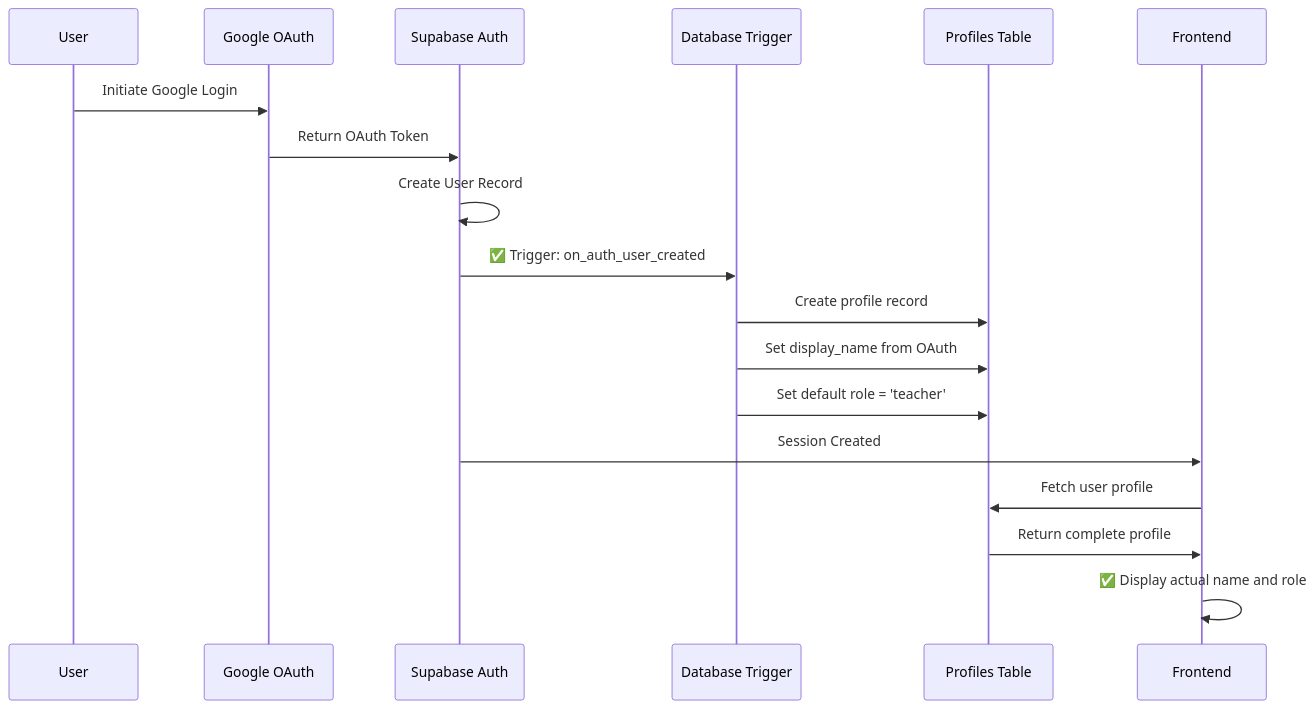
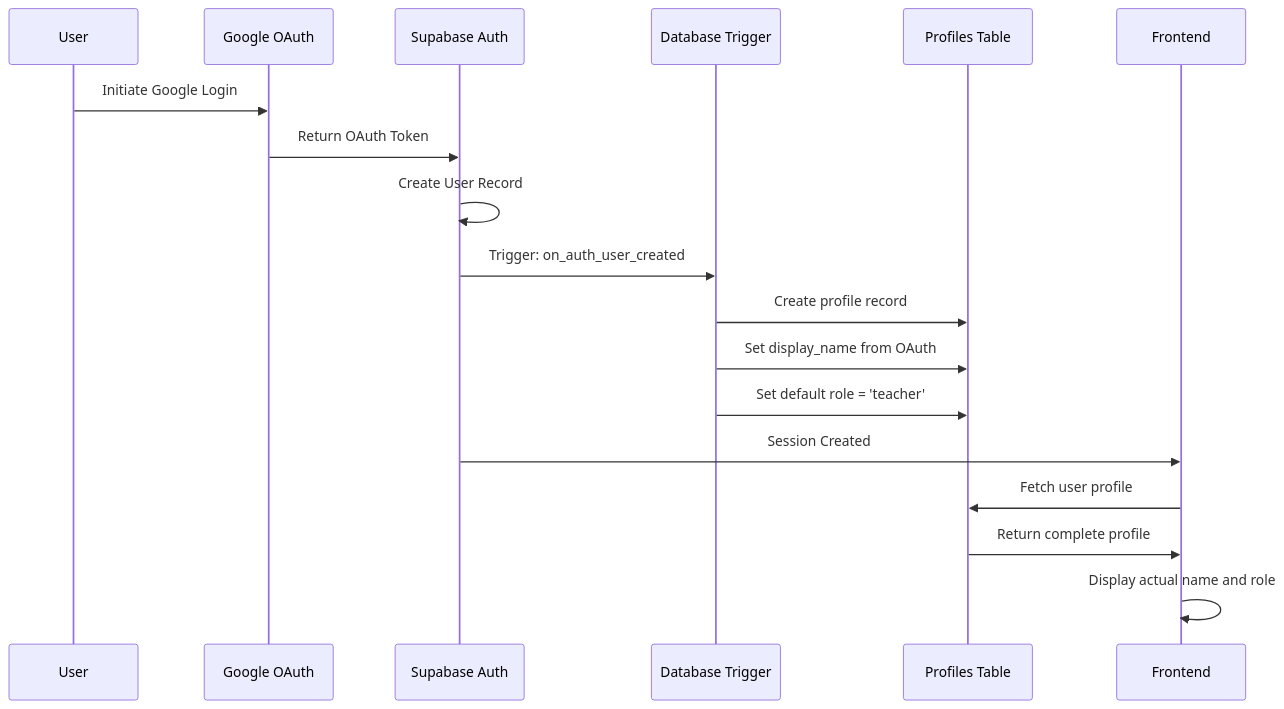
The fourth of 4 diagrams in Docs/Flowcharts/Sprint-02-Targets/05-updated-authentication.md (Splurfa/bx-os), drawn with Mermaid before and after one commit. The commit also changed other lines of this file and 12 other files, not shown here.

First line of the commit message:
Fix flowchart syntax and numbering

````diff
--- a/Docs/Flowcharts/Sprint-02-Targets/05-updated-authentication.md
+++ b/Docs/Flowcharts/Sprint-02-Targets/05-updated-authentication.md
@@ -92,21 +92,21 @@
 ```mermaid
 sequenceDiagram
     participant U as User
     participant G as Google OAuth
     participant S as Supabase Auth
     participant T as Database Trigger
     participant P as Profiles Table
     participant UI as Frontend
 
     U->>G: Initiate Google Login
     G->>S: Return OAuth Token
     S->>S: Create User Record
-    S->>T: ✅ Trigger: on_auth_user_created
+    S->>T: Trigger: on_auth_user_created
     T->>P: Create profile record
     T->>P: Set display_name from OAuth
     T->>P: Set default role = 'teacher'
     S->>UI: Session Created
     UI->>P: Fetch user profile
     P->>UI: Return complete profile
-    UI->>UI: ✅ Display actual name and role
+    UI->>UI: Display actual name and role
 ```
````
